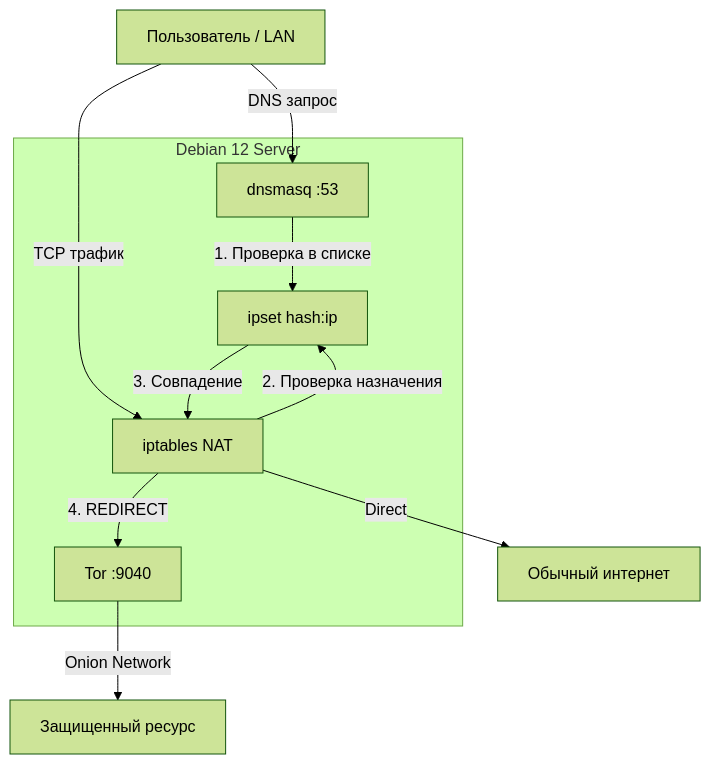
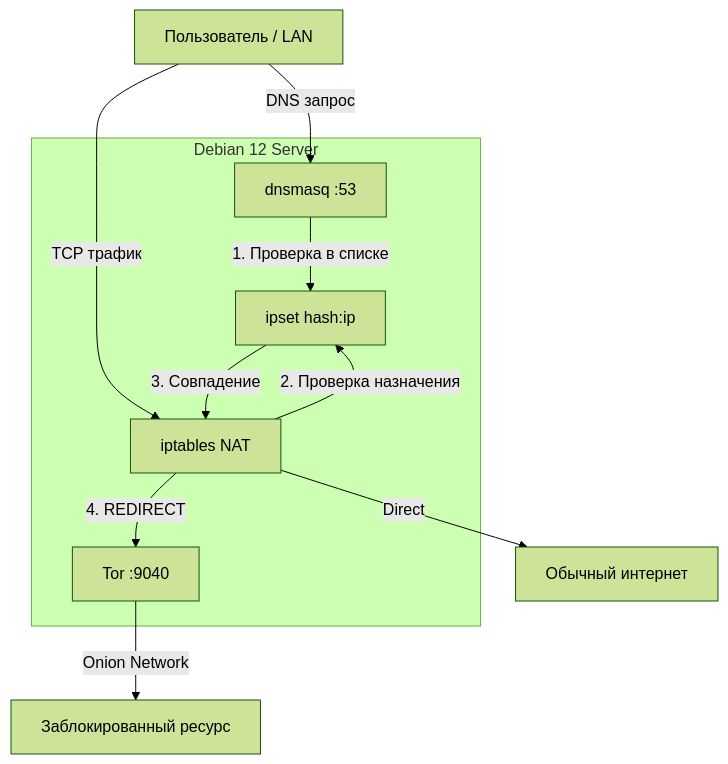
The diagram in README.md (grashooper/rublock-tor-debian12), drawn with Mermaid (forest theme) before and after one commit. The commit also changed other lines of this file, not shown here.

````diff
--- a/README.md
+++ b/README.md
@@ -52,20 +50,20 @@
 ```mermaid
 graph TD
     User[Пользователь / LAN] -->|DNS запрос| Dnsmasq
     User -->|TCP трафик| IPTables
-
+    
     subgraph "Debian 12 Server"
         Dnsmasq[dnsmasq :53]
         Ipset[ipset hash:ip]
         IPTables[iptables NAT]
         Tor[Tor :9040]
-
+        
         Dnsmasq -- "1. Проверка в списке" --> Ipset
         IPTables -- "2. Проверка назначения" --> Ipset
         Ipset -- "3. Совпадение" --> IPTables
         IPTables -- "4. REDIRECT" --> Tor
     end
-
-    Tor -->|Onion Network| Private[Защищенный ресурс]
+    
+    Tor -->|Onion Network| Blocked[Заблокированный ресурс]
     IPTables -->|Direct| Internet[Обычный интернет]
 ```
````
